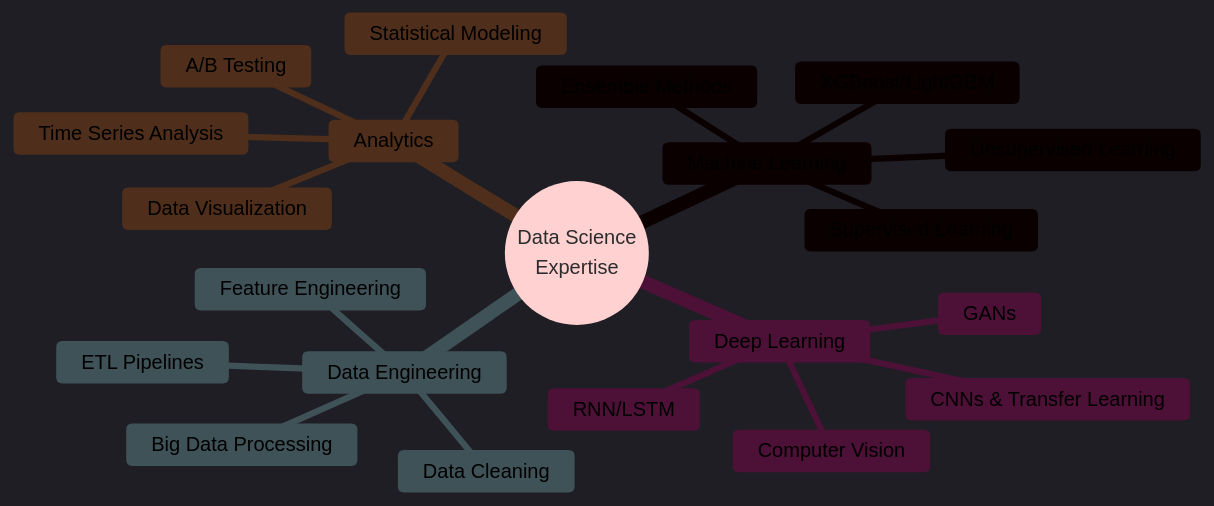
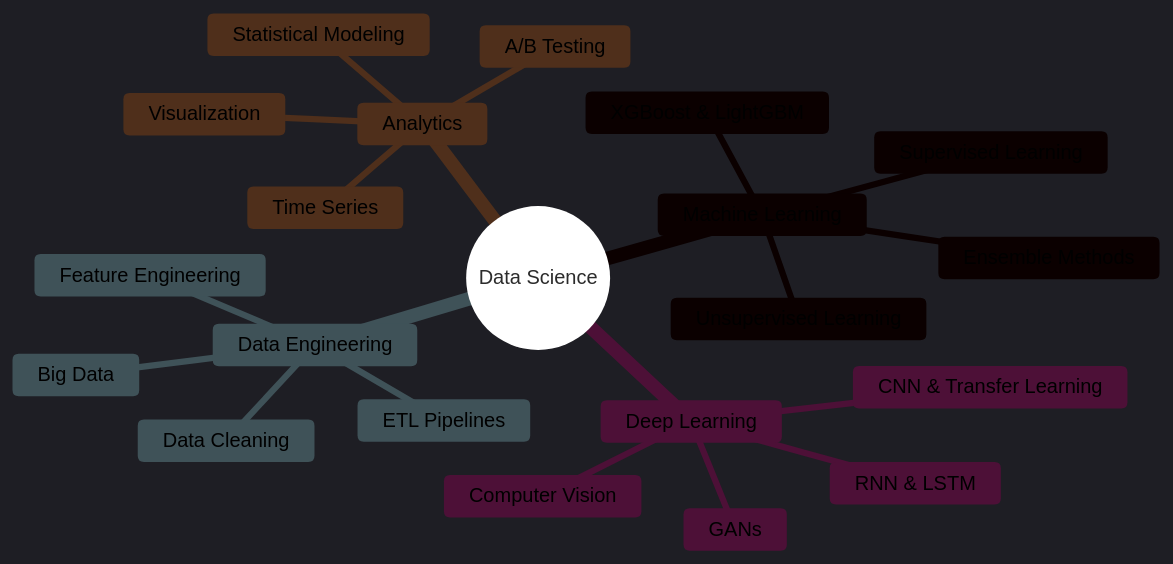
Before and after one commit to Data-pageup/Data-pageup: the first of 3 diagrams in README.md, drawn with Mermaid. The commit also changed other lines of this file, not shown here.

````diff
--- a/README.md
+++ b/README.md
@@ -89,26 +110,25 @@
 ```mermaid
-%%{init: {'theme':'dark','themeVariables': {'darkMode':'true','background':'#0d1117','primaryColor':'#00D9FF','primaryTextColor':'#fff','primaryBorderColor':'#00D9FF','lineColor':'#7F00FF','secondaryColor':'#FF6B6B','tertiaryColor':'#00FF00'}}}%%
+%%{init: {'theme':'dark','themeVariables': {'darkMode':'true','background':'#0d1117','primaryColor':'#00D9FF','primaryTextColor':'#ffffff','primaryBorderColor':'#00D9FF','secondaryColor':'#ffffff','tertiaryColor':'#ffffff','textColor':'#ffffff','fontSize':'16px'}}}%%
 mindmap
-  root((Data Science
-    Expertise))
+  root((Data Science))
     Machine Learning
       Supervised Learning
       Unsupervised Learning
       Ensemble Methods
-      XGBoost/LightGBM
+      XGBoost & LightGBM
     Deep Learning
       Computer Vision
-      CNNs & Transfer Learning
+      CNN & Transfer Learning
       GANs
-      RNN/LSTM
+      RNN & LSTM
     Data Engineering
       ETL Pipelines
       Feature Engineering
       Data Cleaning
-      Big Data Processing
+      Big Data
     Analytics
       Statistical Modeling
       A/B Testing
-      Time Series Analysis
-      Data Visualization
+      Time Series
+      Visualization
 ```
````
